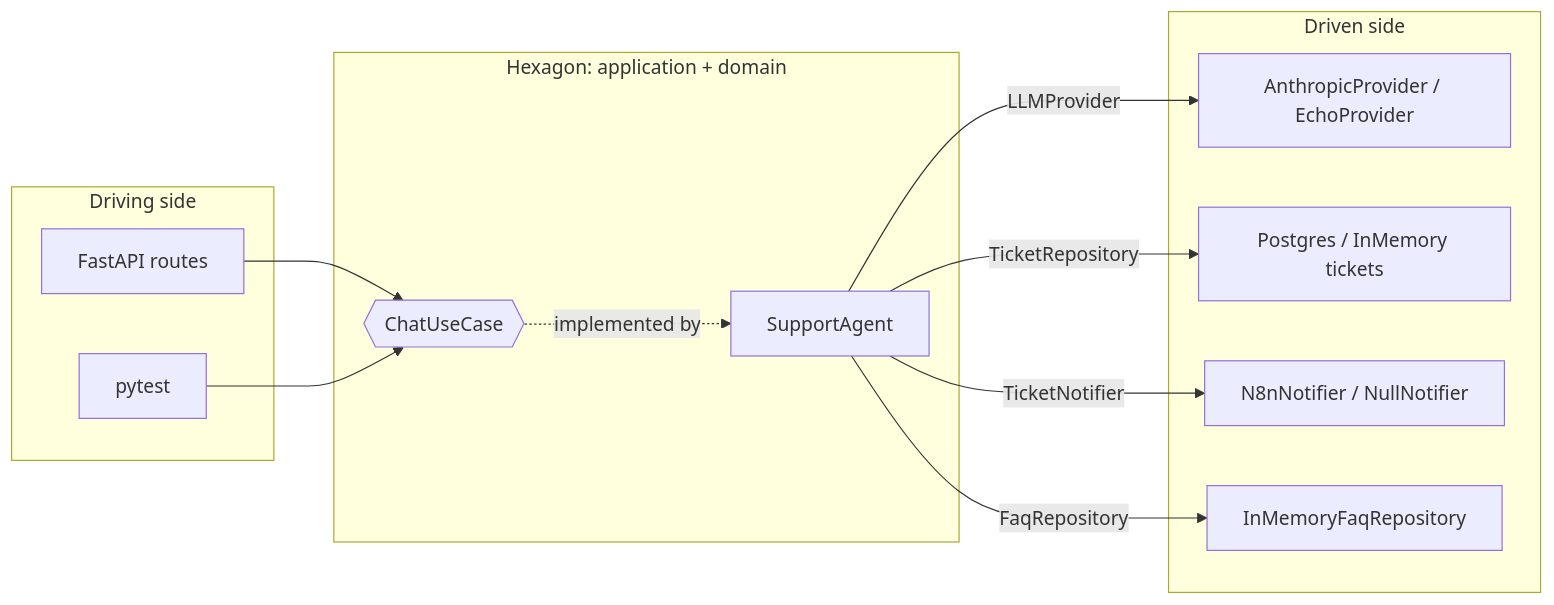
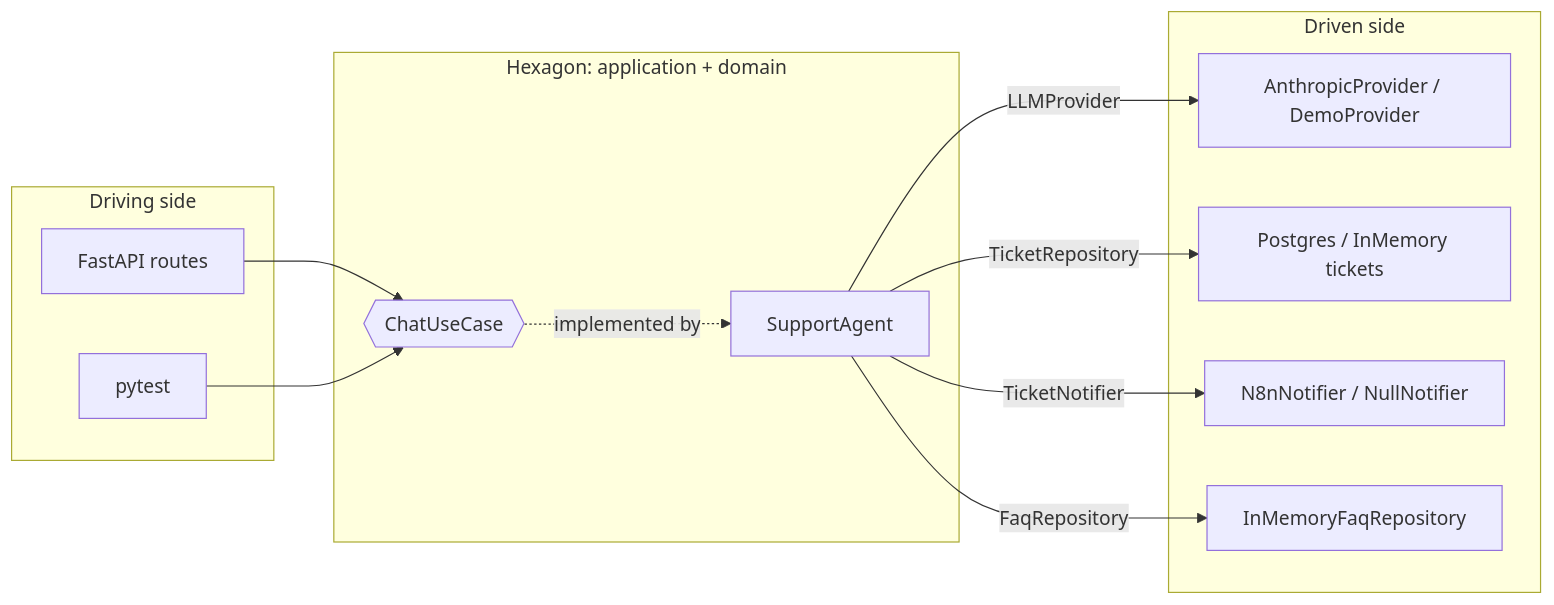
The third of 4 diagrams in ARCHITECTURE.md (Goncar29/ai-support-assistant), drawn with Mermaid before and after one commit. The commit also changed other lines of this file and 6 other files, not shown here.

First line of the commit message:
feat: replace the offline echo with a scripted demo model

````diff
--- a/ARCHITECTURE.md
+++ b/ARCHITECTURE.md
@@ -74,24 +74,24 @@
 ```mermaid
 flowchart LR
     subgraph Driving["Driving side"]
         HTTP[FastAPI routes]
         T[pytest]
     end
     subgraph Core["Hexagon: application + domain"]
         UC{{ChatUseCase}}
         AG[SupportAgent]
         UC -.implemented by.-> AG
     end
     subgraph Driven["Driven side"]
-        L[AnthropicProvider / EchoProvider]
+        L[AnthropicProvider / DemoProvider]
         R[Postgres / InMemory tickets]
         N[N8nNotifier / NullNotifier]
         F[InMemoryFaqRepository]
     end
     HTTP --> UC
     T --> UC
     AG -- LLMProvider --> L
     AG -- TicketRepository --> R
     AG -- TicketNotifier --> N
     AG -- FaqRepository --> F
 ```
````
